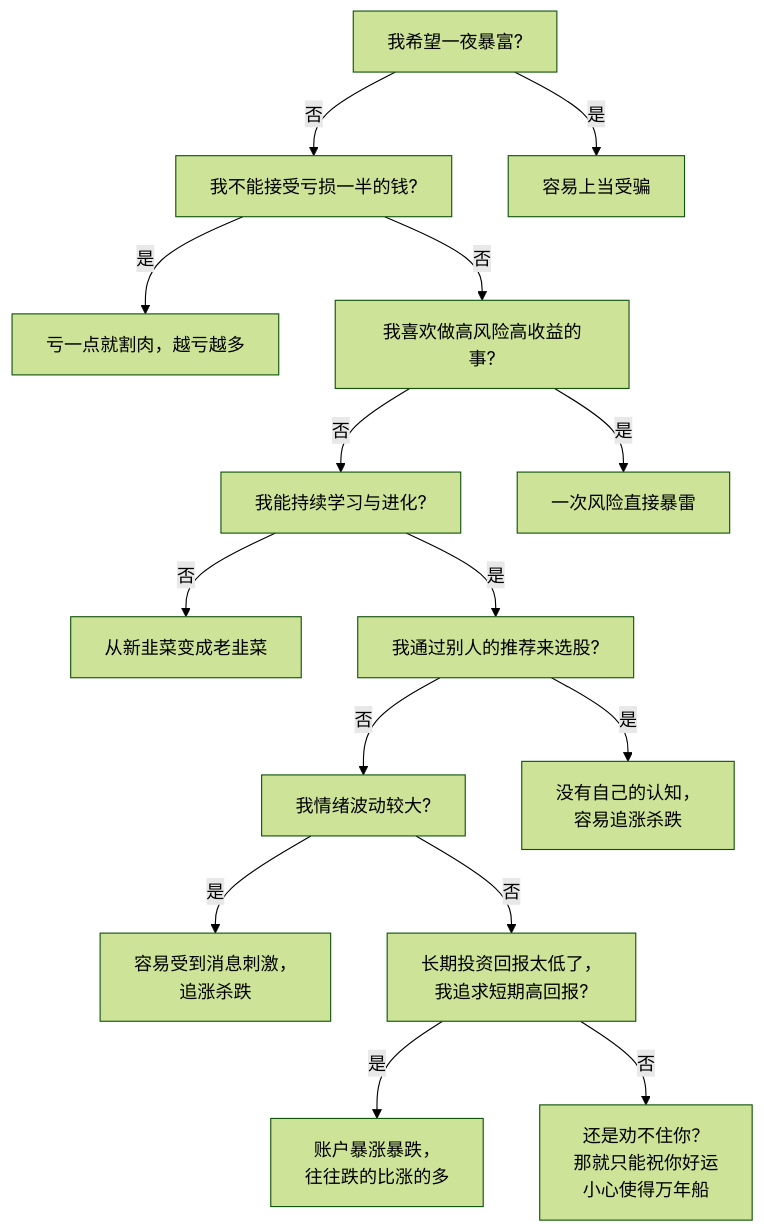
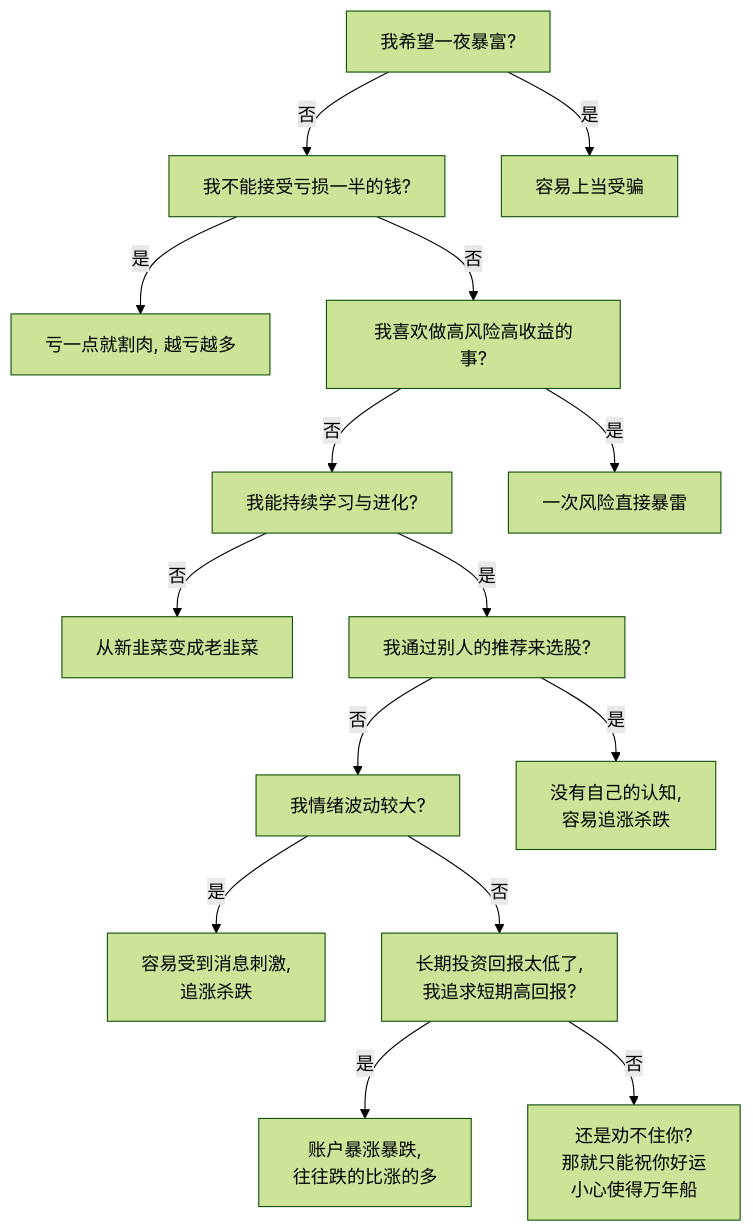
Before and after one commit to dwgan/blog: the diagram in _posts/2025-01-26-stock.md, drawn with Mermaid (forest theme).

````diff
--- a/_posts/2025-01-26-stock.md
+++ b/_posts/2025-01-26-stock.md
@@ -71,18 +71,18 @@
 ```mermaid
 graph TD
 A[我希望一夜暴富?]
 A -->|否| B[我不能接受亏损一半的钱?]  
 A -->|是| Z[容易上当受骗]
-B -->|是| Y[亏一点就割肉，越亏越多]
+B -->|是| Y[亏一点就割肉, 越亏越多]
 B -->|否| C[我喜欢做高风险高收益的事?]
 C -->|否| D[我能持续学习与进化?]
 C -->|是| X[一次风险直接暴雷]
 D -->|否| W[从新韭菜变成老韭菜]
 D -->|是| E[我通过别人的推荐来选股?]
 E -->|否| F[我情绪波动较大?]
-E -->|是| V[没有自己的认知，<br>容易追涨杀跌]
-F -->|是| U[容易受到消息刺激，<br>追涨杀跌]
-F -->|否| G[长期投资回报太低了，<br>我追求短期高回报?]
-G -->|是| T[账户暴涨暴跌，<br>往往跌的比涨的多]
-G -->|否| S[还是劝不住你？<br>那就只能祝你好运<br>小心使得万年船]
+E -->|是| V[没有自己的认知, <br>容易追涨杀跌]
+F -->|是| U[容易受到消息刺激, <br>追涨杀跌]
+F -->|否| G[长期投资回报太低了, <br>我追求短期高回报?]
+G -->|是| T[账户暴涨暴跌, <br>往往跌的比涨的多]
+G -->|否| S[还是劝不住你? <br>那就只能祝你好运<br>小心使得万年船]
 ```
````
